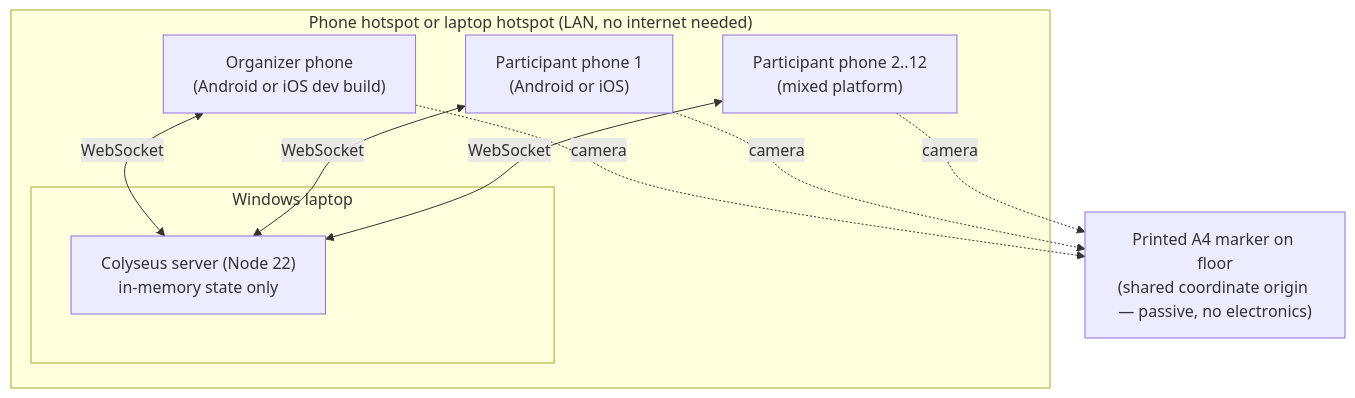
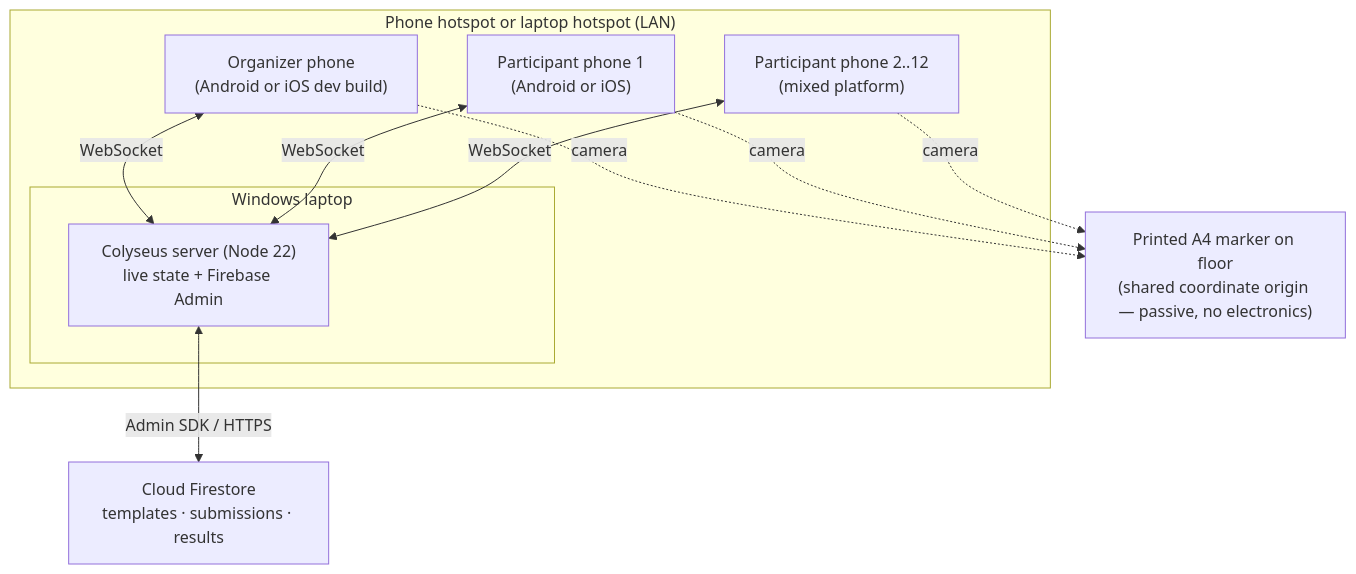
The first of 8 diagrams in ARCHITECTURE.md (Vaibtan/CodexWars), drawn with Mermaid before and after one commit. The commit also changed other lines of this file and 38 other files, not shown here.

````diff
--- a/ARCHITECTURE.md
+++ b/ARCHITECTURE.md
@@ -27,18 +27,20 @@
 ```mermaid
 flowchart TB
-    subgraph HOTSPOT["Phone hotspot or laptop hotspot (LAN, no internet needed)"]
+    subgraph HOTSPOT["Phone hotspot or laptop hotspot (LAN)"]
         subgraph LAPTOP["Windows laptop"]
-            SRV["Colyseus server (Node 22)<br/>in-memory state only"]
+            SRV["Colyseus server (Node 22)<br/>live state + Firebase Admin"]
         end
         P1["Organizer phone<br/>(Android or iOS dev build)"]
         P2["Participant phone 1<br/>(Android or iOS)"]
         P3["Participant phone 2..12<br/>(mixed platform)"]
     end
+    FIRESTORE["Cloud Firestore<br/>templates · submissions · results"]
     MARKER["Printed A4 marker on floor<br/>(shared coordinate origin — passive, no electronics)"]
     P1 <-->|WebSocket| SRV
     P2 <-->|WebSocket| SRV
     P3 <-->|WebSocket| SRV
+    SRV <-->|Admin SDK / HTTPS| FIRESTORE
     P1 -.camera.-> MARKER
     P2 -.camera.-> MARKER
     P3 -.camera.-> MARKER
 ```
````
